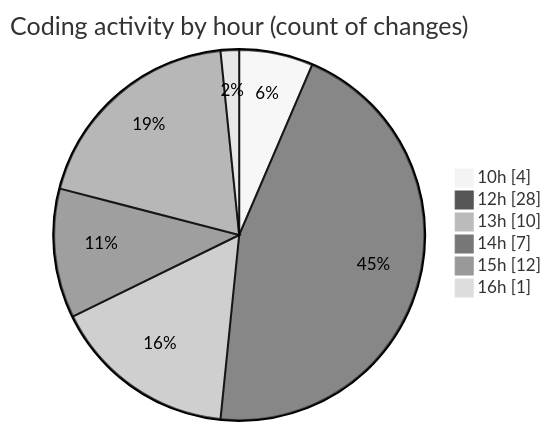
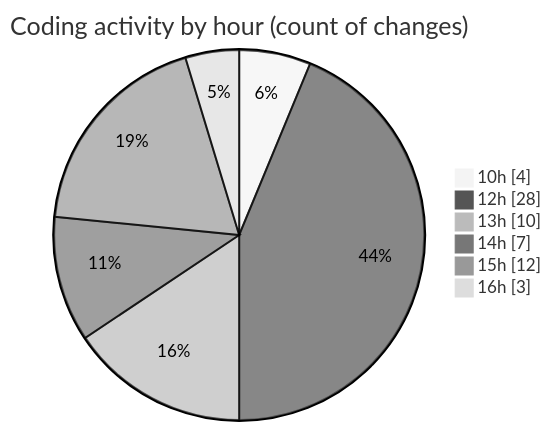
The second of 2 diagrams in 2025-05-22/nxtqube_webapp/README.md (nxtqubesakshisongat/code-tracking), drawn with Mermaid (neutral theme) before and after one commit. The commit also changed other lines of this file and 1 other file, not shown here.

````diff
--- a/2025-05-22/nxtqube_webapp/README.md
+++ b/2025-05-22/nxtqube_webapp/README.md
@@ -32,10 +33,10 @@
 ```mermaid
 pie showData
 title Coding activity by hour (count of changes)
 "10h" : 4
 "12h" : 28
 "13h" : 10
 "14h" : 7
 "15h" : 12
-"16h" : 1
+"16h" : 3
 ```
````
